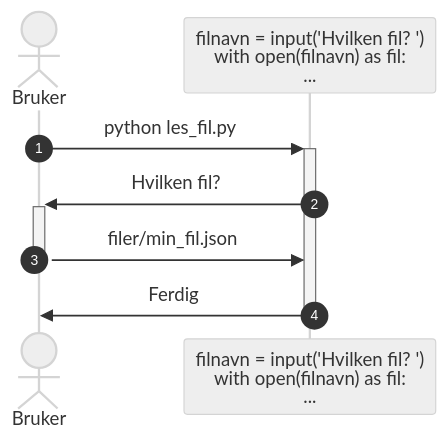
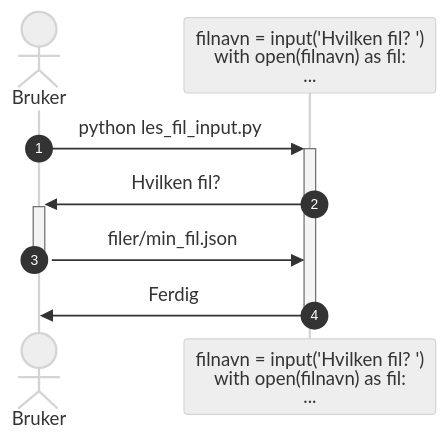
The third of 4 diagrams in innhold/kap3/2_programargumenter.md (nrkno/prog-videre), drawn with Mermaid (neutral theme) before and after one commit. The commit also changed other lines of this file, not shown here.

````diff
--- a/innhold/kap3/2_programargumenter.md
+++ b/innhold/kap3/2_programargumenter.md
@@ -46,10 +58,10 @@
 ```mermaid
 sequenceDiagram
   actor user as Bruker
   participant prg as filnavn = input('Hvilken fil? ') <br/>with open(filnavn) as fil:<br/>...
   autonumber
-  user->>+prg: python les_fil.py
+  user->>+prg: python les_fil_input.py
   prg->>+user: Hvilken fil?
   user->>-prg: filer/min_fil.json
   prg->>-user: Ferdig
 ```
````
